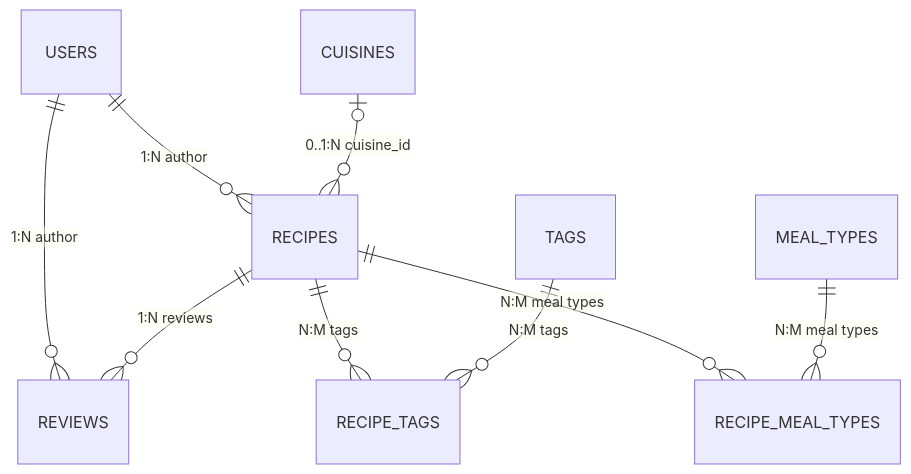
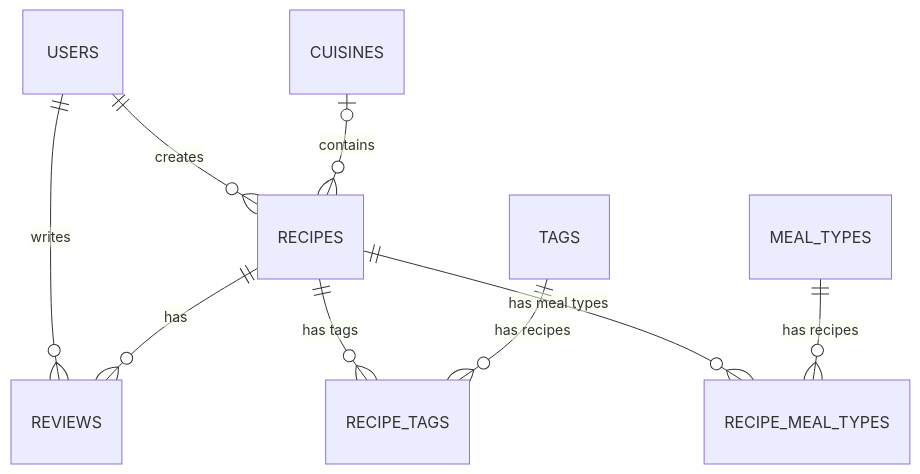
One commit to ArtemKutsan/recipes-backend changed the diagram in recipes-domain-schema.md. Above: the diagram before and after it, drawn with Mermaid. The commit also changed 1 other file, not shown here.

Commit message:
docs: уточнил подписи связей в Mermaid-схемах

````diff
--- a/recipes-domain-schema.md
+++ b/recipes-domain-schema.md
@@ -28,11 +28,11 @@
 ```mermaid
 erDiagram
-  USERS ||--o{ RECIPES : "1:N author"
-  USERS ||--o{ REVIEWS : "1:N author"
-  CUISINES |o--o{ RECIPES : "0..1:N cuisine_id"
-  RECIPES ||--o{ REVIEWS : "1:N reviews"
-  RECIPES ||--o{ RECIPE_TAGS : "N:M tags"
-  TAGS ||--o{ RECIPE_TAGS : "N:M tags"
-  RECIPES ||--o{ RECIPE_MEAL_TYPES : "N:M meal types"
-  MEAL_TYPES ||--o{ RECIPE_MEAL_TYPES : "N:M meal types"
+  USERS ||--o{ RECIPES : "creates"
+  USERS ||--o{ REVIEWS : "writes"
+  CUISINES |o--o{ RECIPES : "contains"
+  RECIPES ||--o{ REVIEWS : "has"
+  RECIPES ||--o{ RECIPE_TAGS : "has tags"
+  TAGS ||--o{ RECIPE_TAGS : "has recipes"
+  RECIPES ||--o{ RECIPE_MEAL_TYPES : "has meal types"
+  MEAL_TYPES ||--o{ RECIPE_MEAL_TYPES : "has recipes"
 ```
````
